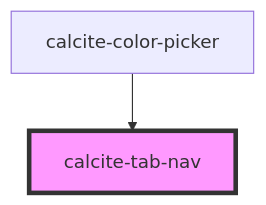
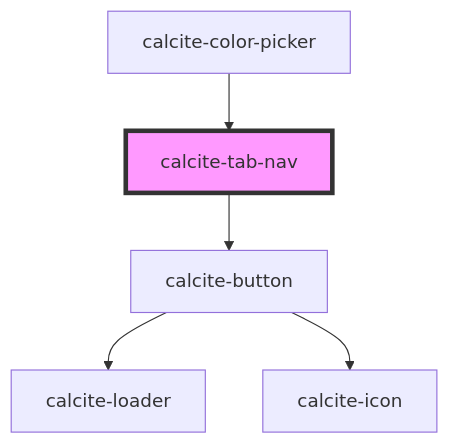
One commit to Esri/calcite-design-system changed the diagram in packages/calcite-components/src/components/tab-nav/readme.md. Above: the diagram before and after it, drawn with Mermaid. The commit also changed other lines of this file and 82 other files, not shown here.

````diff
--- a/packages/calcite-components/src/components/tab-nav/readme.md
+++ b/packages/calcite-components/src/components/tab-nav/readme.md
@@ -51,5 +83,8 @@
 ```mermaid
 graph TD;
+  calcite-tab-nav --> calcite-button
+  calcite-button --> calcite-loader
+  calcite-button --> calcite-icon
   calcite-color-picker --> calcite-tab-nav
   style calcite-tab-nav fill:#f9f,stroke:#333,stroke-width:4px
 ```
````
